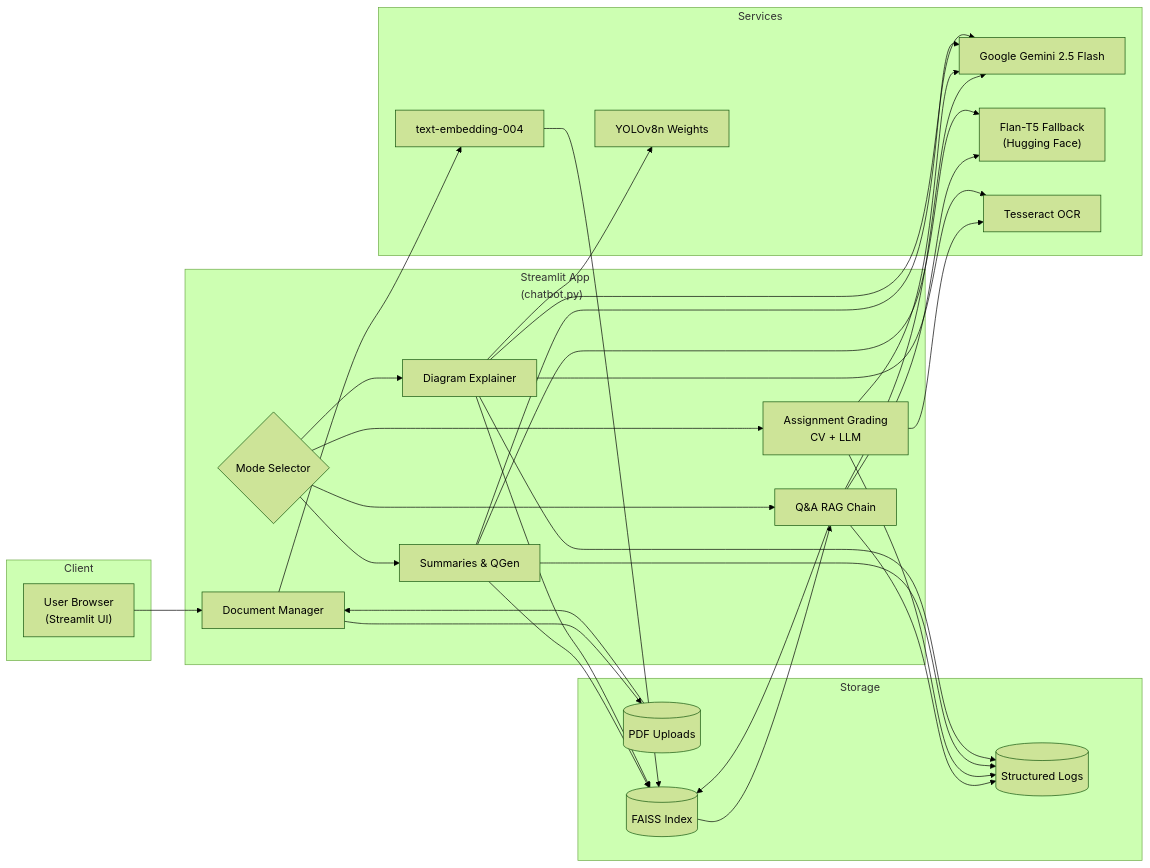
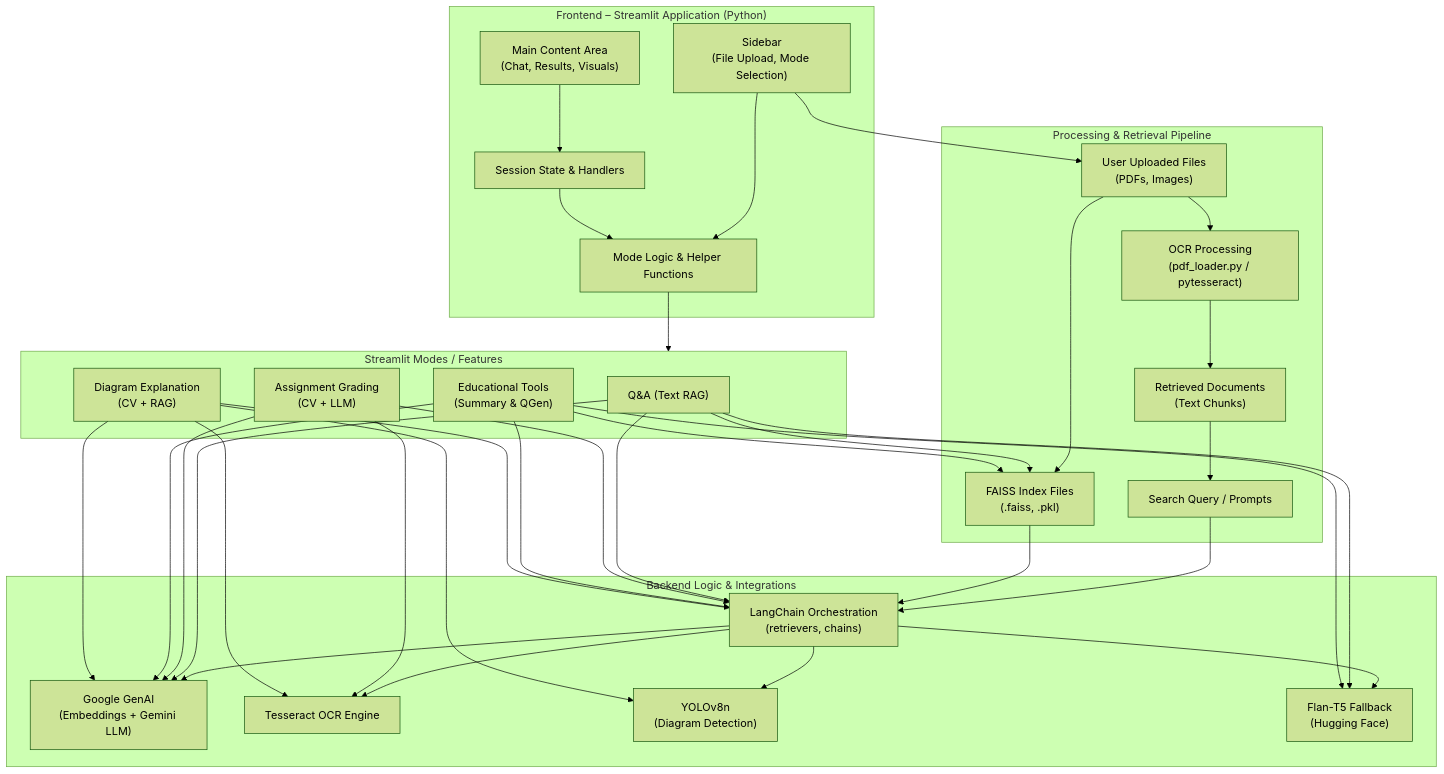
The diagram in docs/architecture_diagram.mmd (naidu9678/api_driven_cloud_native_services_assignment2), drawn with Mermaid (forest theme) before and after one commit. The commit also changed 1 other file, not shown here.

```diff
--- a/docs/architecture_diagram.mmd
+++ b/docs/architecture_diagram.mmd
@@ -1,58 +1,71 @@
-%% BITS Pilani Smart AI Assistant – HD Architecture Diagram
+%% BITS Pilani Smart AI Assistant – Overall Architecture Diagram
 %% Render with: npx @mermaid-js/mermaid-cli -i docs/architecture_diagram.mmd -o docs/architecture_diagram.png
 
-flowchart LR
-    subgraph Client
-        U["User Browser\n(Streamlit UI)"]
+flowchart TB
+    subgraph UI["Frontend – Streamlit Application (Python)"]
+        Sidebar["Sidebar\n(File Upload, Mode Selection)"]
+        MainContent["Main Content Area\n(Chat, Results, Visuals)"]
+        Session["Session State & Handlers"]
+        ModeLogic["Mode Logic & Helper Functions"]
     end
 
-    subgraph App["Streamlit App\n(chatbot.py)"]
-        DM[Document Manager]
-        MODE{Mode Selector}
-        QNA[Q&A RAG Chain]
-        GRADE["Assignment Grading\nCV + LLM"]
-        EDU["Summaries & QGen"]
-        DIAG[Diagram Explainer]
+    subgraph Pipeline["Processing & Retrieval Pipeline"]
+        Upload["User Uploaded Files\n(PDFs, Images)"]
+        OCRProc["OCR Processing\n(pdf_loader.py / pytesseract)"]
+        Vector["FAISS Index Files\n(.faiss, .pkl)"]
+        Query["Search Query / Prompts"]
+        Docs["Retrieved Documents\n(Text Chunks)"]
     end
 
-    subgraph Storage
-        PDF[(PDF Uploads)]
-        FAISS[(FAISS Index)]
-        LOGS[(Structured Logs)]
+    subgraph Integrations["Backend Logic & Integrations"]
+        LangChain["LangChain Orchestration\n(retrievers, chains)"]
+        Gemini["Google GenAI\n(Embeddings + Gemini LLM)"]
+        Tesseract["Tesseract OCR Engine"]
+        YOLO["YOLOv8n\n(Diagram Detection)"]
+        Flan["Flan-T5 Fallback\n(Hugging Face)"]
     end
 
-    subgraph Services
-        GEM[Google Gemini 2.5 Flash]
-        EMB[text-embedding-004]
-        FLAN["Flan-T5 Fallback\n(Hugging Face)"]
-        YOLO[YOLOv8n Weights]
-        OCR[Tesseract OCR]
+    subgraph Modes["Streamlit Modes / Features"]
+        RagMode["Q&A (Text RAG)"]
+        GradeMode["Assignment Grading\n(CV + LLM)"]
+        EduMode["Educational Tools\n(Summary & QGen)"]
+        DiagramMode["Diagram Explanation\n(CV + RAG)"]
     end
 
-    U --> DM
-    DM --> PDF --> DM
-    DM --> EMB --> FAISS
-    MODE --> QNA
-    MODE --> GRADE
-    MODE --> EDU
-    MODE --> DIAG
+    %% UI interactions
+    Sidebar --> Upload
+    Sidebar --> ModeLogic
+    MainContent --> Session
+    Session --> ModeLogic
+    ModeLogic --> Modes
 
-    QNA --> FAISS --> QNA
-    QNA --> GEM
-    QNA --> FLAN
-    QNA --> LOGS
+    %% Pipeline connections
+    Upload --> OCRProc --> Docs
+    Upload --> Vector
+    Docs --> Query
+    Query --> LangChain
+    Vector --> LangChain
+    LangChain --> Gemini
+    LangChain --> Flan
+    LangChain --> Tesseract
+    LangChain --> YOLO
 
-    GRADE --> OCR
-    GRADE --> GEM
-    GRADE --> LOGS
+    %% Mode to pipeline/service mapping
+    RagMode --> LangChain
+    RagMode --> Gemini
+    RagMode --> Flan
+    RagMode --> Vector
 
-    EDU --> FAISS
-    EDU --> GEM
-    EDU --> FLAN
-    EDU --> LOGS
+    GradeMode --> Tesseract
+    GradeMode --> Gemini
+    GradeMode --> LangChain
 
-    DIAG --> YOLO
-    DIAG --> OCR
-    DIAG --> FAISS
-    DIAG --> GEM
-    DIAG --> LOGS
+    EduMode --> LangChain
+    EduMode --> Gemini
+    EduMode --> Flan
+    EduMode --> Vector
+
+    DiagramMode --> YOLO
+    DiagramMode --> Tesseract
+    DiagramMode --> LangChain
+    DiagramMode --> Gemini
```
